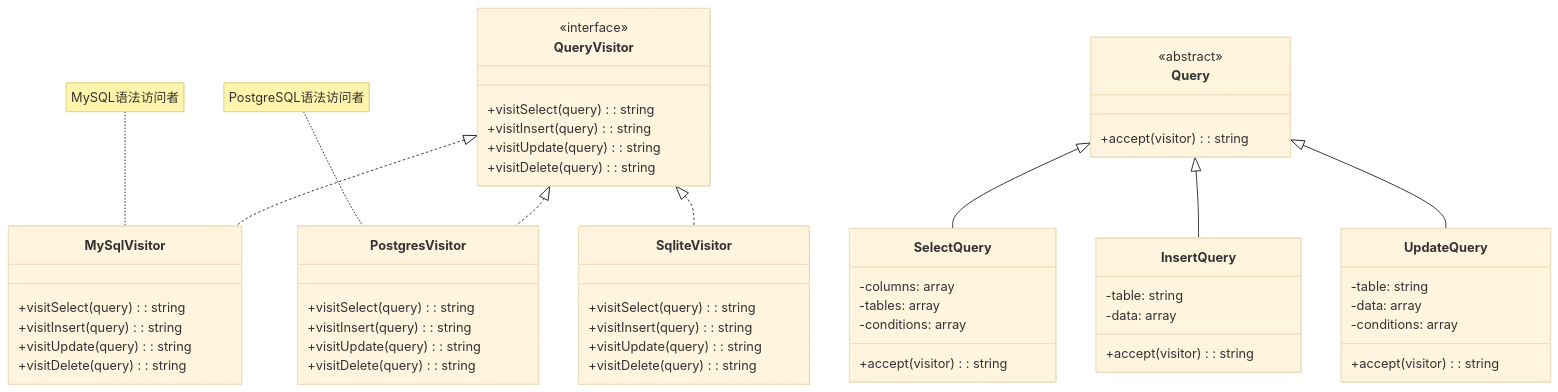
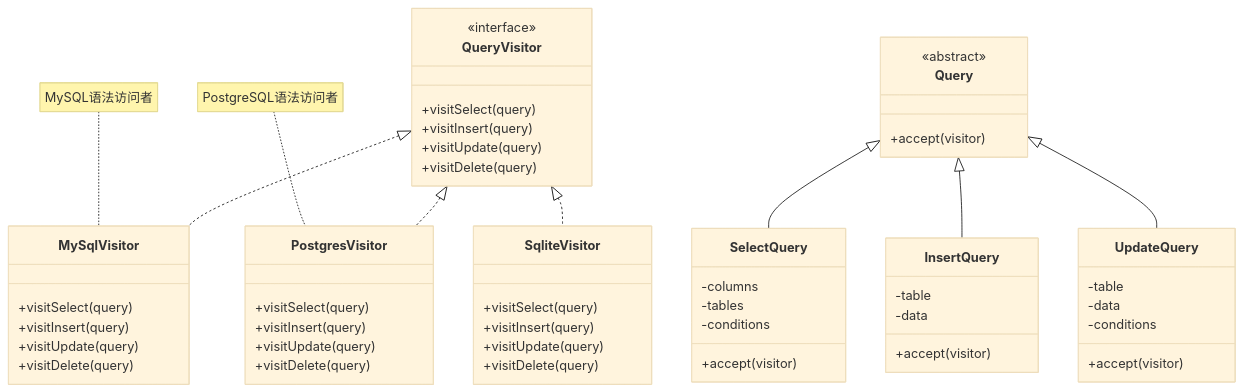
The fifth of 5 diagrams in resources/design-patterns/laravel/behavioral/visitor_zh.md (fanly/DesignPattern), drawn with Mermaid (base theme) before and after one commit. The commit also changed other lines of this file and 103 other files, not shown here.

````diff
--- a/resources/design-patterns/laravel/behavioral/visitor_zh.md
+++ b/resources/design-patterns/laravel/behavioral/visitor_zh.md
@@ -213,66 +213,66 @@
 ```mermaid
 classDiagram
     class QueryVisitor {
         <<interface>>
-        +visitSelect(query): string
-        +visitInsert(query): string
-        +visitUpdate(query): string
-        +visitDelete(query): string
+        +visitSelect(query)
+        +visitInsert(query)
+        +visitUpdate(query)
+        +visitDelete(query)
     }
     
     class MySqlVisitor {
-        +visitSelect(query): string
-        +visitInsert(query): string
-        +visitUpdate(query): string
-        +visitDelete(query): string
+        +visitSelect(query)
+        +visitInsert(query)
+        +visitUpdate(query)
+        +visitDelete(query)
     }
     
     class PostgresVisitor {
-        +visitSelect(query): string
-        +visitInsert(query): string
-        +visitUpdate(query): string
-        +visitDelete(query): string
+        +visitSelect(query)
+        +visitInsert(query)
+        +visitUpdate(query)
+        +visitDelete(query)
     }
     
     class SqliteVisitor {
-        +visitSelect(query): string
-        +visitInsert(query): string
-        +visitUpdate(query): string
-        +visitDelete(query): string
+        +visitSelect(query)
+        +visitInsert(query)
+        +visitUpdate(query)
+        +visitDelete(query)
     }
     
     class Query {
         <<abstract>>
-        +accept(visitor): string
+        +accept(visitor)
     }
     
     class SelectQuery {
-        -columns: array
-        -tables: array
-        -conditions: array
-        +accept(visitor): string
+        -columns
+        -tables
+        -conditions
+        +accept(visitor)
     }
     
     class InsertQuery {
-        -table: string
-        -data: array
-        +accept(visitor): string
+        -table
+        -data
+        +accept(visitor)
     }
     
     class UpdateQuery {
-        -table: string
-        -data: array
-        -conditions: array
-        +accept(visitor): string
+        -table
+        -data
+        -conditions
+        +accept(visitor)
     }
     
     QueryVisitor <|.. MySqlVisitor
     QueryVisitor <|.. PostgresVisitor
     QueryVisitor <|.. SqliteVisitor
     Query <|-- SelectQuery
     Query <|-- InsertQuery
     Query <|-- UpdateQuery
     
     note for MySqlVisitor "MySQL语法访问者"
     note for PostgresVisitor "PostgreSQL语法访问者"
 ```
````
